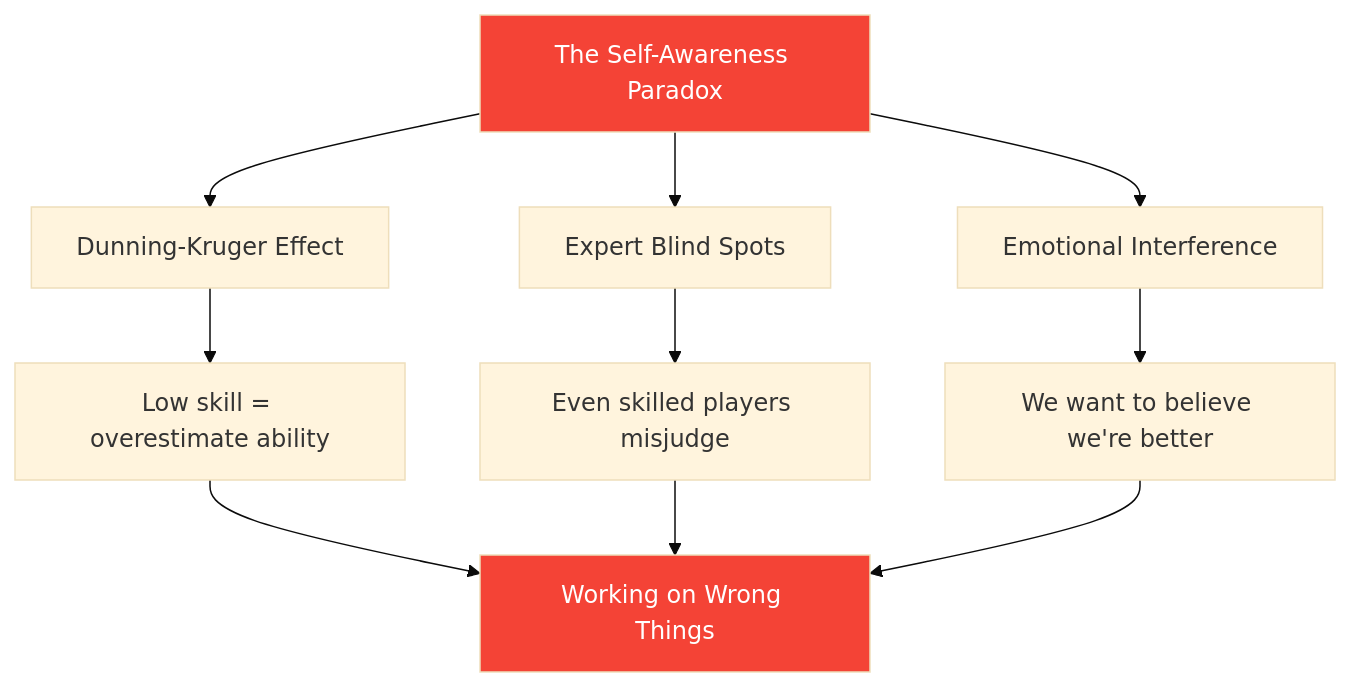
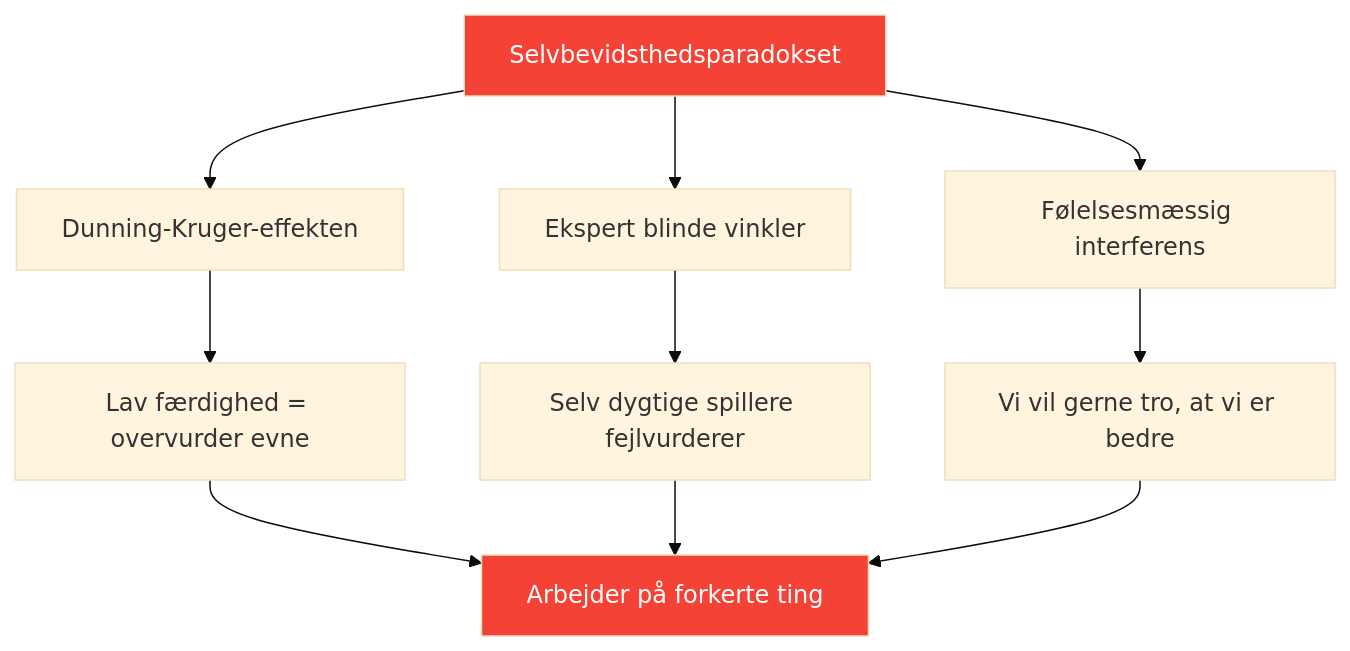
The diagram in docs/da/articles/self-awareness-development.md (patwii/petanque-academy), drawn with Mermaid (base theme) before and after one commit. The commit also changed other lines of this file and 550 other files, not shown here.

````diff
--- a/docs/da/articles/self-awareness-development.md
+++ b/docs/da/articles/self-awareness-development.md
@@ -20,17 +20,17 @@
 ```mermaid
 flowchart TD
-    A[The Self-Awareness Paradox] --> B[Dunning-Kruger Effect]
-    A --> C[Expert Blind Spots]
-    A --> D[Emotional Interference]
+    A[Selvbevidsthedsparadokset] --> B[Dunning-Kruger-effekten]
+    A --> C[Ekspert blinde vinkler]
+    A --> D[Følelsesmæssig interferens]
 
-    B --> E[Low skill = overestimate ability]
-    C --> F[Even skilled players misjudge]
-    D --> G[We want to believe we're better]
+    B --> E[Lav færdighed = overvurder evne]
+    C --> F[Selv dygtige spillere fejlvurderer]
+    D --> G[Vi vil gerne tro, at vi er bedre]
 
-    E --> H[Working on Wrong Things]
+    E --> H[Arbejder på forkerte ting]
     F --> H
     G --> H
 
     style A fill:#f44336,color:#fff
     style H fill:#f44336,color:#fff
 ```
````
